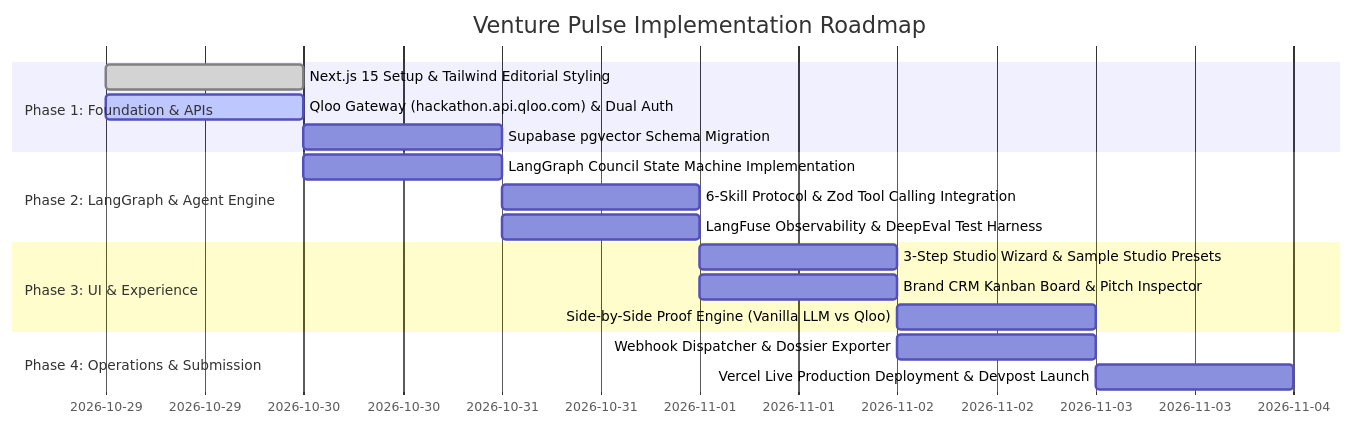
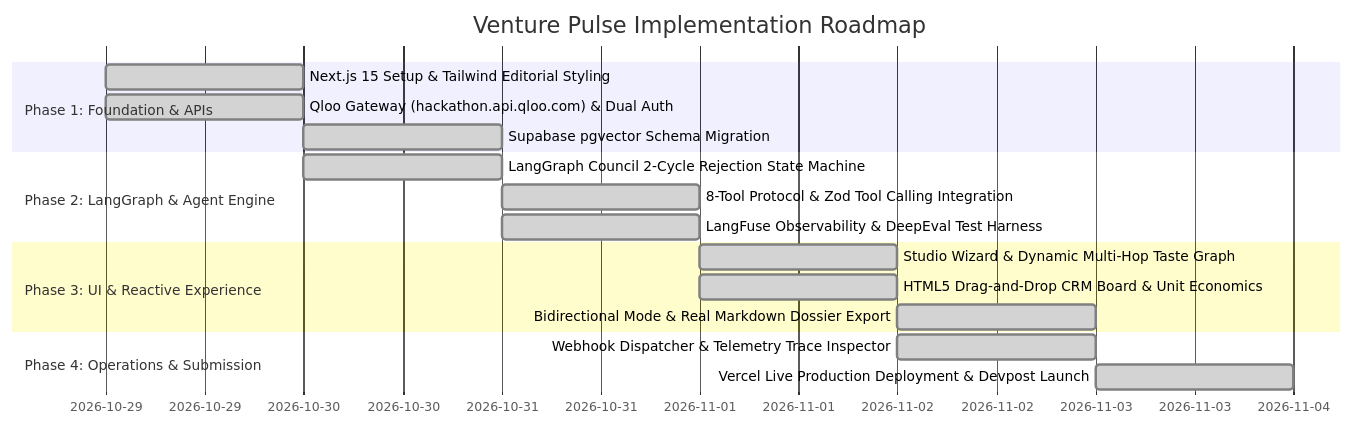
Before and after one commit to masbroustudio/VenturePulse: the diagram in docs/MASTERPLAN.md, drawn with Mermaid. The commit also changed other lines of this file and 16 other files, not shown here.

First line of the commit message:
feat: complete UI/UX benchmarks, decluttered header, and full bidirectional brand mode inversion

````diff
--- a/docs/MASTERPLAN.md
+++ b/docs/MASTERPLAN.md
@@ -49,20 +48,20 @@
 ```mermaid
 gantt
     title Venture Pulse Implementation Roadmap
     dateFormat  YYYY-MM-DD
     section Phase 1: Foundation & APIs
     Next.js 15 Setup & Tailwind Editorial Styling       :done,    p1_1, 2026-10-29, 1d
-    Qloo Gateway (hackathon.api.qloo.com) & Dual Auth   :active,  p1_2, 2026-10-29, 1d
-    Supabase pgvector Schema Migration                  :         p1_3, 2026-10-30, 1d
+    Qloo Gateway (hackathon.api.qloo.com) & Dual Auth   :done,    p1_2, 2026-10-29, 1d
+    Supabase pgvector Schema Migration                  :done,    p1_3, 2026-10-30, 1d
     section Phase 2: LangGraph & Agent Engine
-    LangGraph Council State Machine Implementation      :         p2_1, 2026-10-30, 1d
-    6-Skill Protocol & Zod Tool Calling Integration     :         p2_2, 2026-10-31, 1d
-    LangFuse Observability & DeepEval Test Harness      :         p2_3, 2026-10-31, 1d
-    section Phase 3: UI & Experience
-    3-Step Studio Wizard & Sample Studio Presets        :         p3_1, 2026-11-01, 1d
-    Brand CRM Kanban Board & Pitch Inspector            :         p3_2, 2026-11-01, 1d
-    Side-by-Side Proof Engine (Vanilla LLM vs Qloo)     :         p3_3, 2026-11-02, 1d
+    LangGraph Council 2-Cycle Rejection State Machine   :done,    p2_1, 2026-10-30, 1d
+    8-Tool Protocol & Zod Tool Calling Integration      :done,    p2_2, 2026-10-31, 1d
+    LangFuse Observability & DeepEval Test Harness      :done,    p2_3, 2026-10-31, 1d
+    section Phase 3: UI & Reactive Experience
+    Studio Wizard & Dynamic Multi-Hop Taste Graph       :done,    p3_1, 2026-11-01, 1d
+    HTML5 Drag-and-Drop CRM Board & Unit Economics      :done,    p3_2, 2026-11-01, 1d
+    Bidirectional Mode & Real Markdown Dossier Export   :done,    p3_3, 2026-11-02, 1d
     section Phase 4: Operations & Submission
-    Webhook Dispatcher & Dossier Exporter               :         p4_1, 2026-11-02, 1d
-    Vercel Live Production Deployment & Devpost Launch  :         p4_2, 2026-11-03, 1d
+    Webhook Dispatcher & Telemetry Trace Inspector      :done,    p4_1, 2026-11-02, 1d
+    Vercel Live Production Deployment & Devpost Launch  :done,    p4_2, 2026-11-03, 1d
 ```
````
